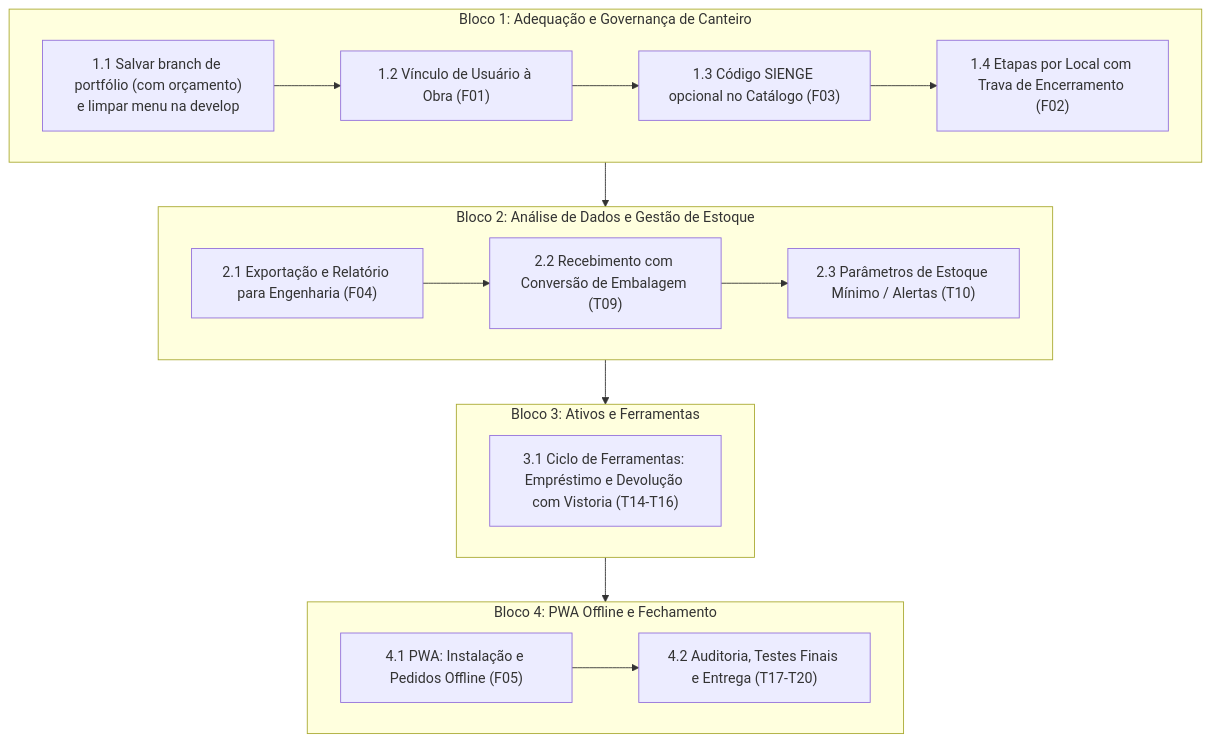
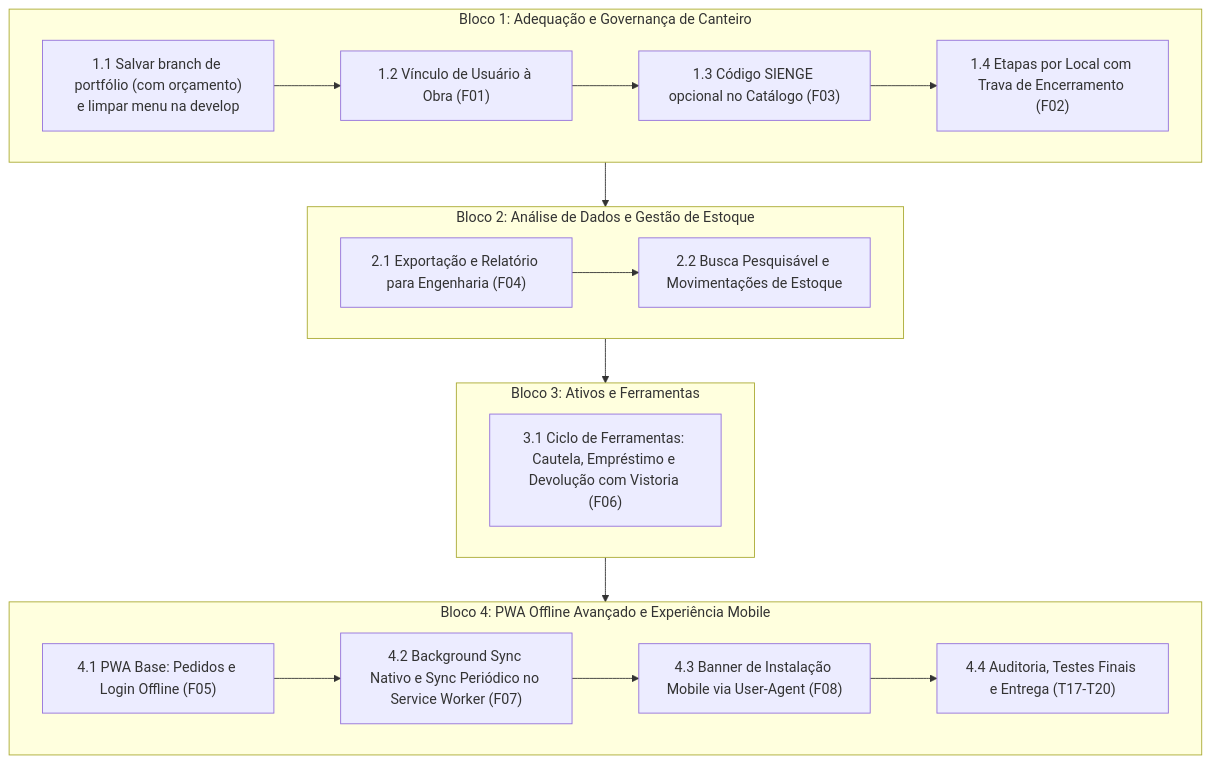
The diagram in documentos/PLANO_EVOLUCAO_DEMANDAS.md (jacaze/obras-jooy), drawn with Mermaid before and after one commit. The commit also changed other lines of this file and 11 other files, not shown here.

Commit message:
feat(F07): adicionar sincronizacao em segundo plano nativa no service worker e atualizar documentacao

````diff
--- a/documentos/PLANO_EVOLUCAO_DEMANDAS.md
+++ b/documentos/PLANO_EVOLUCAO_DEMANDAS.md
@@ -48,25 +53,26 @@
 ```mermaid
 flowchart TD
     subgraph Bloco1["Bloco 1: Adequação e Governança de Canteiro"]
         A1["1.1 Salvar branch de portfólio (com orçamento)<br/>e limpar menu na develop"] --> A2["1.2 Vínculo de Usuário à Obra (F01)"]
         A2 --> A3["1.3 Código SIENGE opcional no Catálogo (F03)"]
         A3 --> A4["1.4 Etapas por Local com Trava de Encerramento (F02)"]
     end
 
     subgraph Bloco2["Bloco 2: Análise de Dados e Gestão de Estoque"]
-        B1["2.1 Exportação e Relatório para Engenharia (F04)"] --> B2["2.2 Recebimento com Conversão de Embalagem (T09)"]
-        B2 --> B3["2.3 Parâmetros de Estoque Mínimo / Alertas (T10)"]
+        B1["2.1 Exportação e Relatório para Engenharia (F04)"] --> B2["2.2 Busca Pesquisável e Movimentações de Estoque"]
     end
 
     subgraph Bloco3["Bloco 3: Ativos e Ferramentas"]
-        C1["3.1 Ciclo de Ferramentas: Empréstimo e Devolução com Vistoria (T14-T16)"]
+        C1["3.1 Ciclo de Ferramentas: Cautela, Empréstimo e Devolução com Vistoria (F06)"]
     end
 
-    subgraph Bloco4["Bloco 4: PWA Offline e Fechamento"]
-        D1["4.1 PWA: Instalação e Pedidos Offline (F05)"] --> D2["4.2 Auditoria, Testes Finais e Entrega (T17-T20)"]
+    subgraph Bloco4["Bloco 4: PWA Offline Avançado e Experiência Mobile"]
+        D1["4.1 PWA Base: Pedidos e Login Offline (F05)"] --> D2["4.2 Background Sync Nativo e Sync Periódico no Service Worker (F07)"]
+        D2 --> D3["4.3 Banner de Instalação Mobile via User-Agent (F08)"]
+        D3 --> D4["4.4 Auditoria, Testes Finais e Entrega (T17-T20)"]
     end
 
     Bloco1 --> Bloco2
     Bloco2 --> Bloco3
     Bloco3 --> Bloco4
 ```
````
